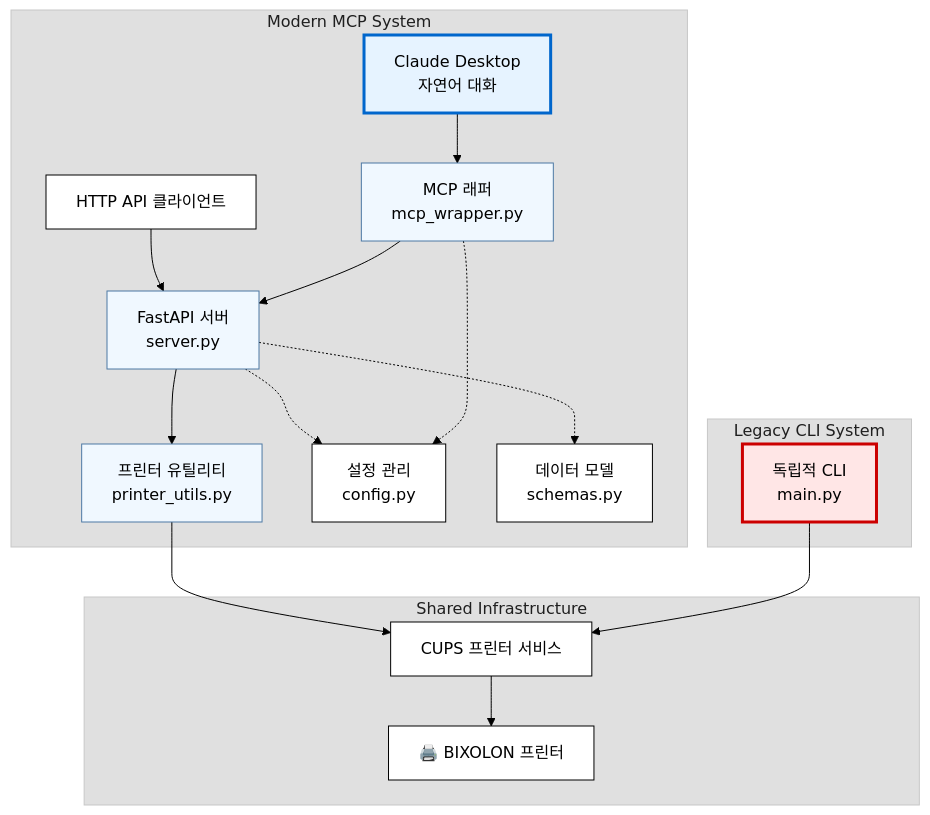
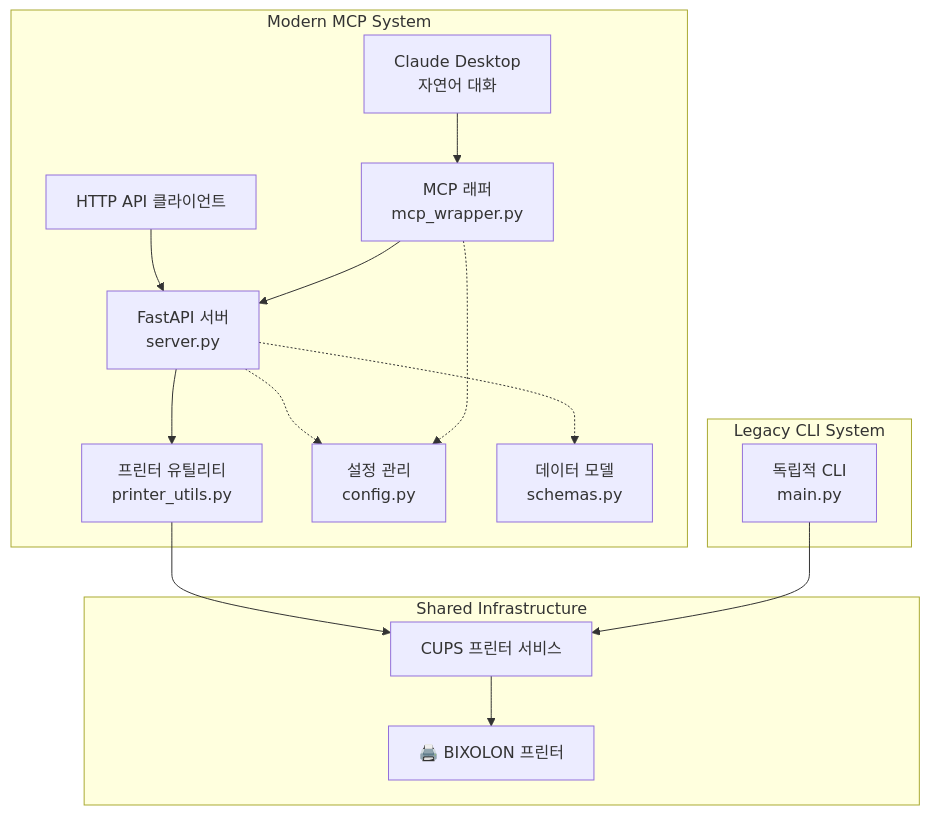
The first of 5 diagrams in docs/architecture-overview.md (nicewook/receipt-printer), drawn with Mermaid before and after one commit. The commit also changed other lines of this file and 5 other files, not shown here.

First line of the commit message:
Fix documentation portal Mermaid rendering and clean up markdown files

````diff
--- a/docs/architecture-overview.md
+++ b/docs/architecture-overview.md
@@ -11,52 +11,36 @@
 ```mermaid
-%%{init: {
-  'theme': 'base',
-  'themeVariables': {
-    'primaryColor': '#ffffff',
-    'primaryTextColor': '#000000',
-    'primaryBorderColor': '#000000',
-    'lineColor': '#000000',
-    'secondaryColor': '#f0f0f0',
-    'tertiaryColor': '#e0e0e0'
-  }
-}}%%
 graph TB
     subgraph "Modern MCP System"
         CLAUDE[Claude Desktop<br/>자연어 대화]
         HTTP[HTTP API 클라이언트]
         MCP[MCP 래퍼<br/>mcp_wrapper.py]
         FASTAPI[FastAPI 서버<br/>server.py]
         UTILS[프린터 유틸리티<br/>printer_utils.py]
         CONFIG[설정 관리<br/>config.py]
         SCHEMAS[데이터 모델<br/>schemas.py]
     end
     
     subgraph "Legacy CLI System"
         CLI[독립적 CLI<br/>main.py]
     end
     
     subgraph "Shared Infrastructure"
         CUPS[CUPS 프린터 서비스]
         PRINTER[🖨️ BIXOLON 프린터]
     end
     
     CLAUDE --> MCP
     HTTP --> FASTAPI
     MCP --> FASTAPI
     FASTAPI --> UTILS
     UTILS --> CUPS
     
     CLI --> CUPS
     
     CUPS --> PRINTER
     
     FASTAPI -.-> CONFIG
     FASTAPI -.-> SCHEMAS
     MCP -.-> CONFIG
     
-    style CLI fill:#ffe6e6,stroke:#cc0000,stroke-width:3px,color:#000000
-    style CLAUDE fill:#e6f3ff,stroke:#0066cc,stroke-width:3px,color:#000000
-    style MCP fill:#f0f8ff,stroke:#4d79a4,color:#000000
-    style FASTAPI fill:#f0f8ff,stroke:#4d79a4,color:#000000
-    style UTILS fill:#f0f8ff,stroke:#4d79a4,color:#000000
 ```
````
